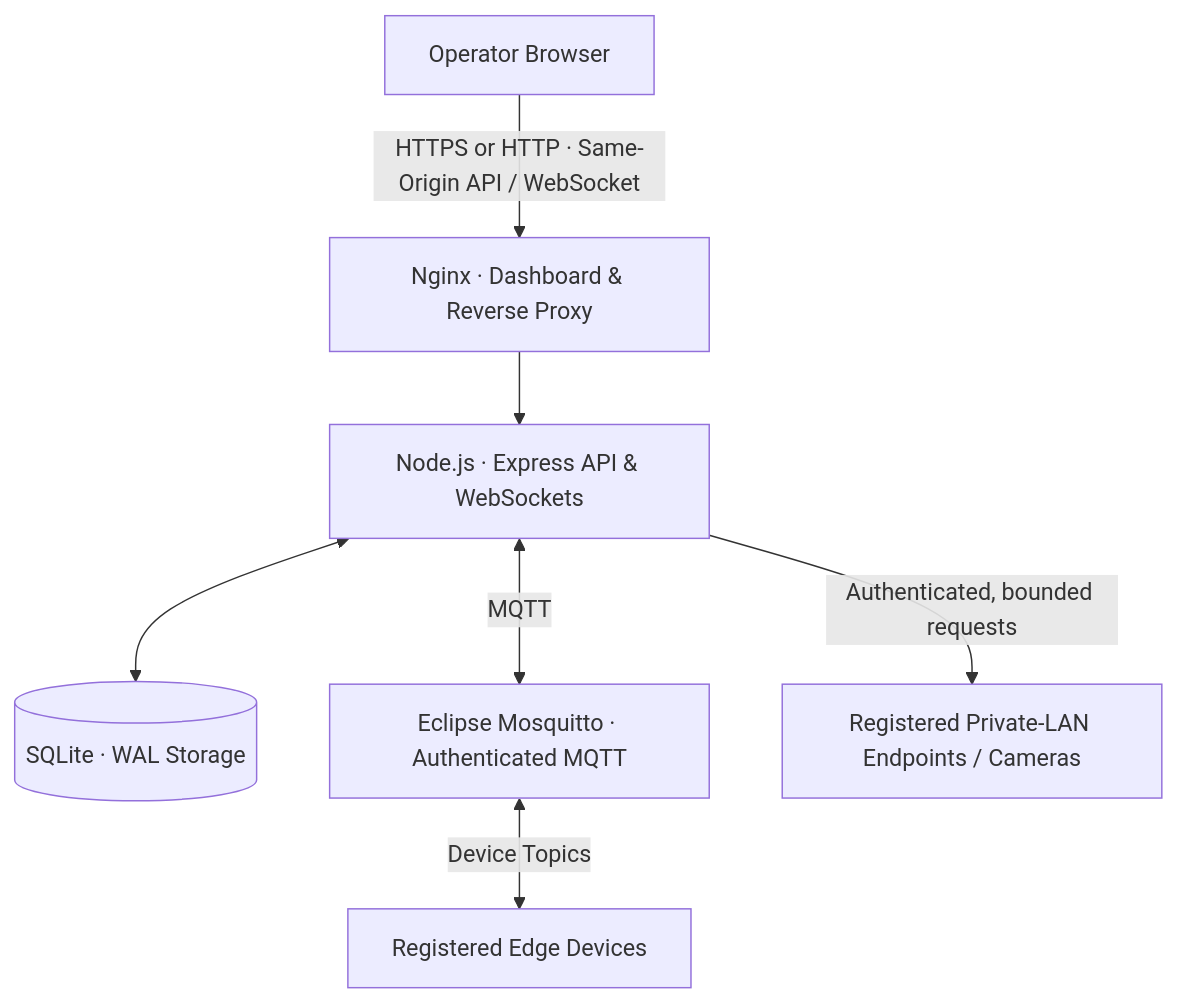
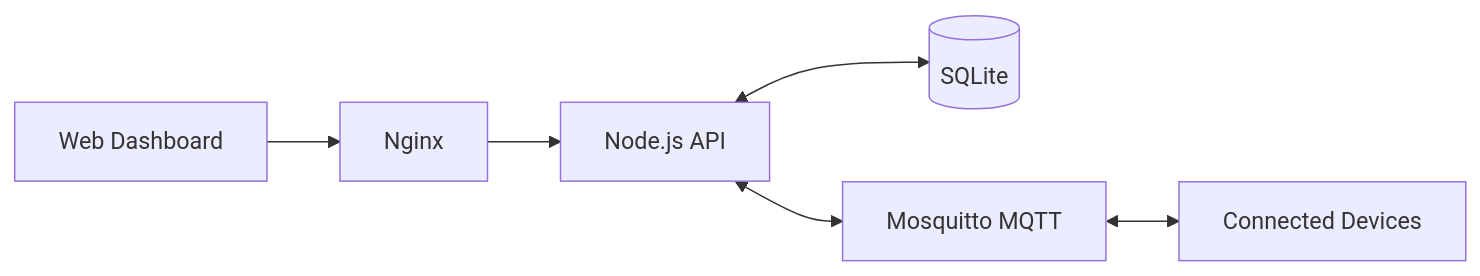
One commit to AbdullahNSarhan/Smart-Facility-Management-System changed the diagram in README.md. Above: the diagram before and after it, drawn with Mermaid. The commit also changed other lines of this file, not shown here.

````diff
--- a/README.md
+++ b/README.md
@@ -70,17 +38,8 @@
 ```mermaid
-flowchart TD
-    Operator["Operator Browser"]
-    Frontend["Nginx · Dashboard & Reverse Proxy"]
-    Backend["Node.js · Express API & WebSockets"]
-    Database[("SQLite · WAL Storage")]
-    MQTT["Eclipse Mosquitto · Authenticated MQTT"]
-    Devices["Registered Edge Devices"]
-    LAN["Registered Private-LAN Endpoints / Cameras"]
-
-    Operator -->|"HTTPS or HTTP · Same-Origin API / WebSocket"| Frontend
-    Frontend --> Backend
-    Backend <--> Database
-    Backend <-->|"MQTT"| MQTT
-    MQTT <-->|"Device Topics"| Devices
-    Backend -->|"Authenticated, bounded requests"| LAN
+flowchart LR
+    UI["Web Dashboard"] --> WEB["Nginx"]
+    WEB --> API["Node.js API"]
+    API <--> DB[("SQLite")]
+    API <--> MQTT["Mosquitto MQTT"]
+    MQTT <--> EDGE["Connected Devices"]
 ```
````
